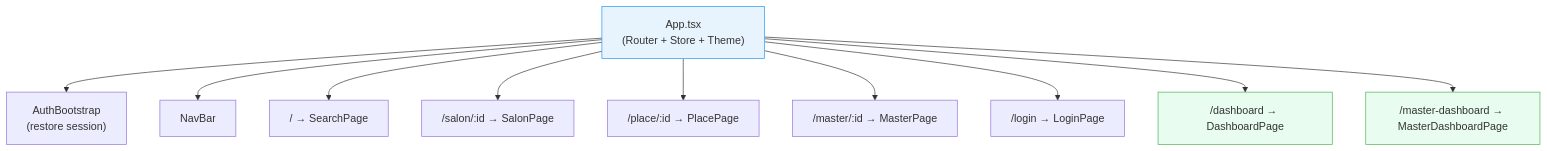
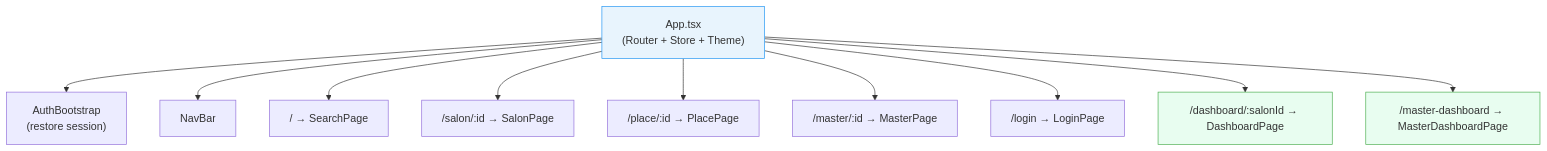
Before and after one commit to vvnezapnopwnz1/beauty-marketplace: the first of 5 diagrams in docs/vault/architecture/frontend.md, drawn with Mermaid. The commit also changed other lines of this file and 50 other files, not shown here.

First line of the commit message:
feat(dashboard): персонал салона, инвайты и multi-salon UI

````diff
--- a/docs/vault/architecture/frontend.md
+++ b/docs/vault/architecture/frontend.md
@@ -17,20 +17,20 @@
 ```mermaid
 graph TD
     App["App.tsx\n(Router + Store + Theme)"]
     Auth["AuthBootstrap\n(restore session)"]
 
     App --> Auth
     App --> NAV["NavBar"]
 
     App --> PSearch["/ → SearchPage"]
     App --> PSalon["/salon/:id → SalonPage"]
     App --> PPlace["/place/:id → PlacePage"]
     App --> PMaster["/master/:id → MasterPage"]
     App --> PLogin["/login → LoginPage"]
-    App --> PDash["/dashboard → DashboardPage"]
+    App --> PDash["/dashboard/:salonId → DashboardPage"]
     App --> PMDash["/master-dashboard → MasterDashboardPage"]
 
     style App fill:#e8f4fd,stroke:#2196f3
     style PDash fill:#e8fdf0,stroke:#4caf50
     style PMDash fill:#e8fdf0,stroke:#4caf50
 ```
````
